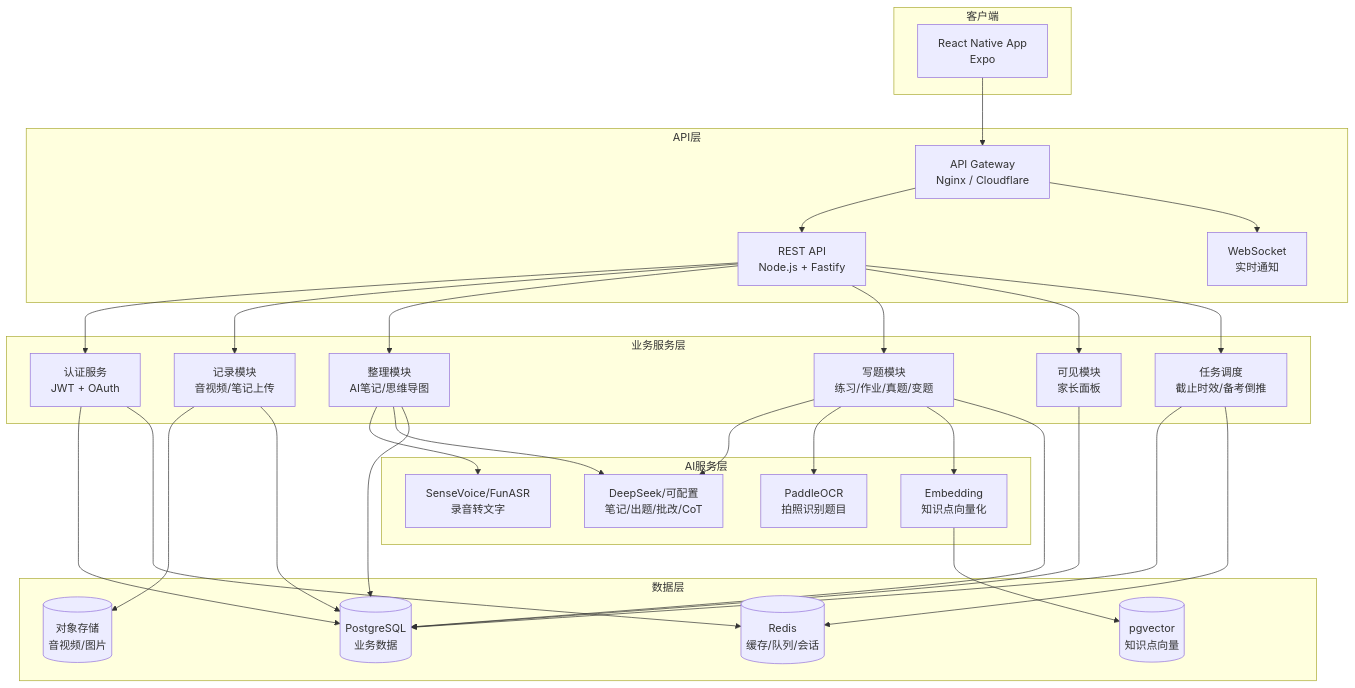
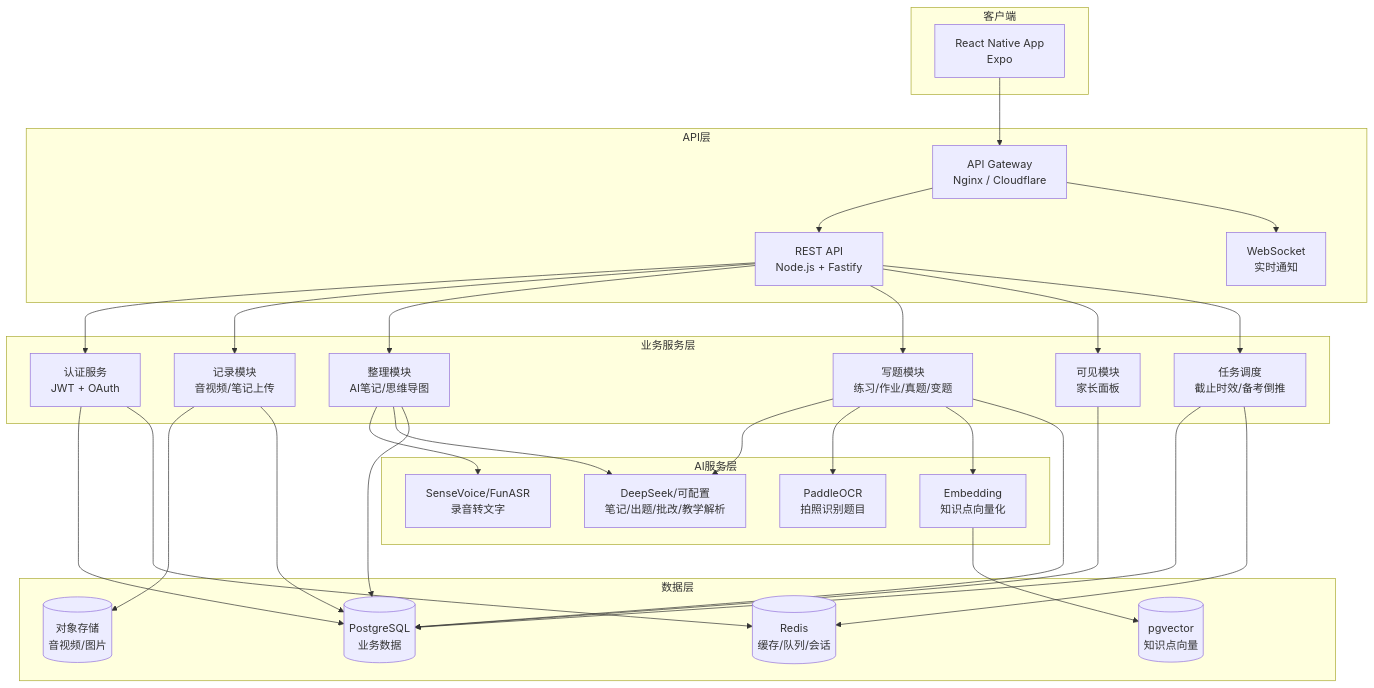
One commit to everything-is-simple/ai-studybuddy changed the first of 5 diagrams in docs/ARCHITECTURE.md. Above: the diagram before and after it, drawn with Mermaid. The commit also changed other lines of this file and 9 other files, not shown here.

````diff
--- a/docs/ARCHITECTURE.md
+++ b/docs/ARCHITECTURE.md
@@ -11,60 +11,60 @@
 ```mermaid
 graph TB
     subgraph 客户端
         RN[React Native App<br/>Expo]
     end
 
     subgraph API层
         GW[API Gateway<br/>Nginx / Cloudflare]
         REST[REST API<br/>Node.js + Fastify]
         WS[WebSocket<br/>实时通知]
     end
 
     subgraph 业务服务层
         AUTH[认证服务<br/>JWT + OAuth]
         REC[记录模块<br/>音视频/笔记上传]
         ORG[整理模块<br/>AI笔记/思维导图]
         QUIZ[写题模块<br/>练习/作业/真题/变题]
         VIEW[可见模块<br/>家长面板]
         TASK[任务调度<br/>截止时效/备考倒推]
     end
 
     subgraph AI服务层
         ASR[SenseVoice/FunASR<br/>录音转文字]
-        LLM[DeepSeek/可配置<br/>笔记/出题/批改/CoT]
+        LLM[DeepSeek/可配置<br/>笔记/出题/批改/教学解析]
         EMB[Embedding<br/>知识点向量化]
         OCR[PaddleOCR<br/>拍照识别题目]
     end
 
     subgraph 数据层
         PG[(PostgreSQL<br/>业务数据)]
         S3[(对象存储<br/>音视频/图片)]
         REDIS[(Redis<br/>缓存/队列/会话)]
         VEC[(pgvector<br/>知识点向量)]
     end
 
     RN --> GW
     GW --> REST
     GW --> WS
     REST --> AUTH
     REST --> REC
     REST --> ORG
     REST --> QUIZ
     REST --> VIEW
     REST --> TASK
     ORG --> ASR
     ORG --> LLM
     QUIZ --> LLM
     QUIZ --> OCR
     QUIZ --> EMB
     REC --> S3
     AUTH --> PG
     AUTH --> REDIS
     REC --> PG
     ORG --> PG
     QUIZ --> PG
     VIEW --> PG
     TASK --> PG
     TASK --> REDIS
     EMB --> VEC
 ```
````
